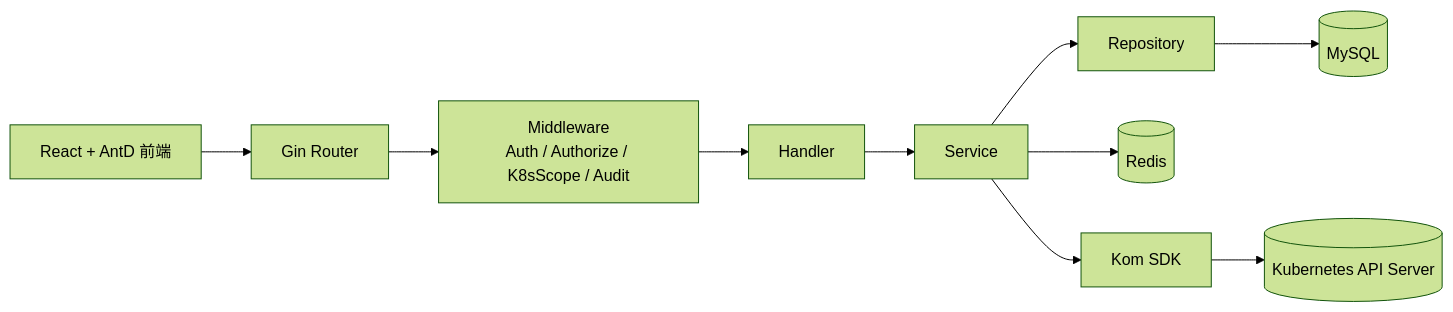
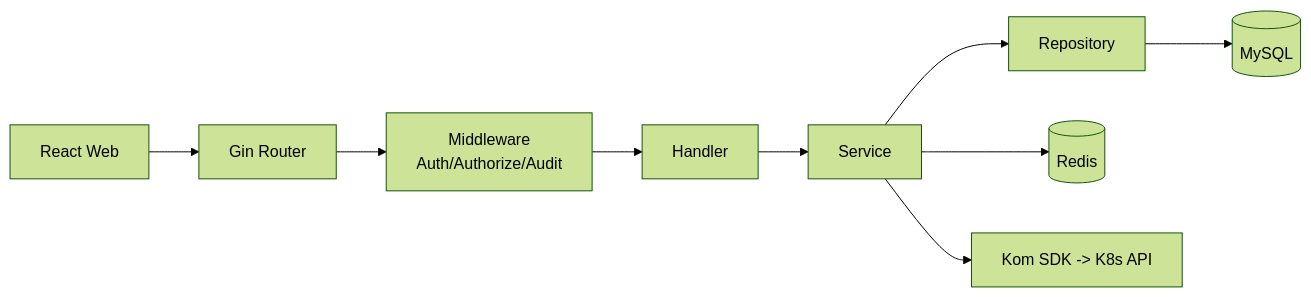
Before and after one commit to chinesewxd123/yunshu: the first of 2 diagrams in README.md, drawn with Mermaid (forest theme). The commit also changed other lines of this file and 254 other files, not shown here.

````diff
--- a/README.md
+++ b/README.md
@@ -101,12 +140,11 @@
 ```mermaid
 flowchart LR
-  A[React + AntD 前端] --> B[Gin Router]
-  B --> C[Middleware\nAuth / Authorize / K8sScope / Audit]
-  C --> D[Handler]
-  D --> E[Service]
-  E --> F[Repository]
-  F --> G[(MySQL)]
-  E --> H[(Redis)]
-  E --> I[Kom SDK]
-  I --> J[(Kubernetes API Server)]
+  FE[React Web] --> API[Gin Router]
+  API --> MW[Middleware\nAuth/Authorize/Audit]
+  MW --> H[Handler]
+  H --> S[Service]
+  S --> R[Repository]
+  R --> DB[(MySQL)]
+  S --> REDIS[(Redis)]
+  S --> K8S[Kom SDK -> K8s API]
 ```
````
